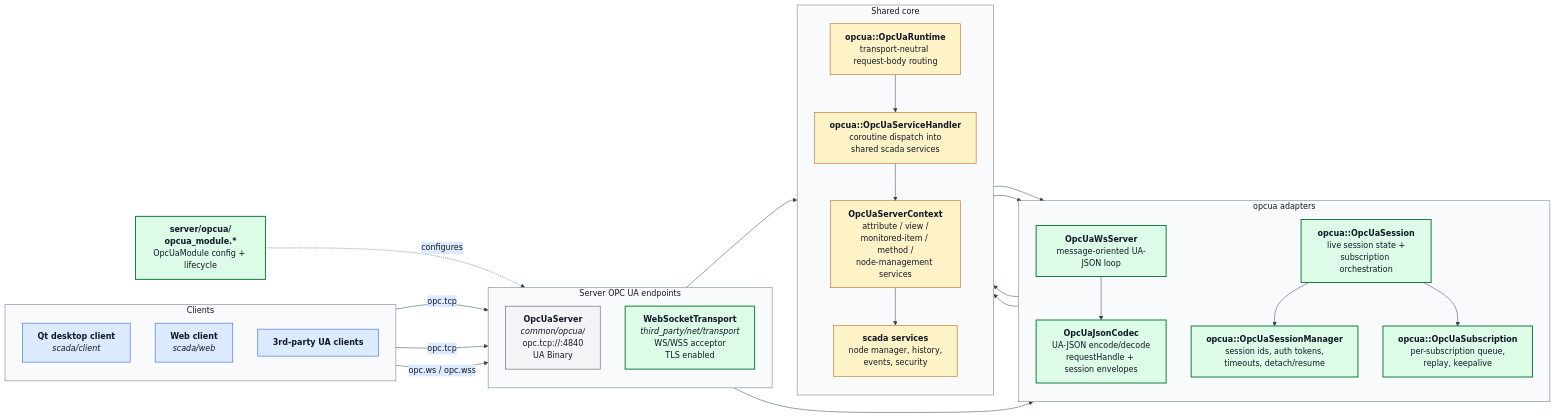
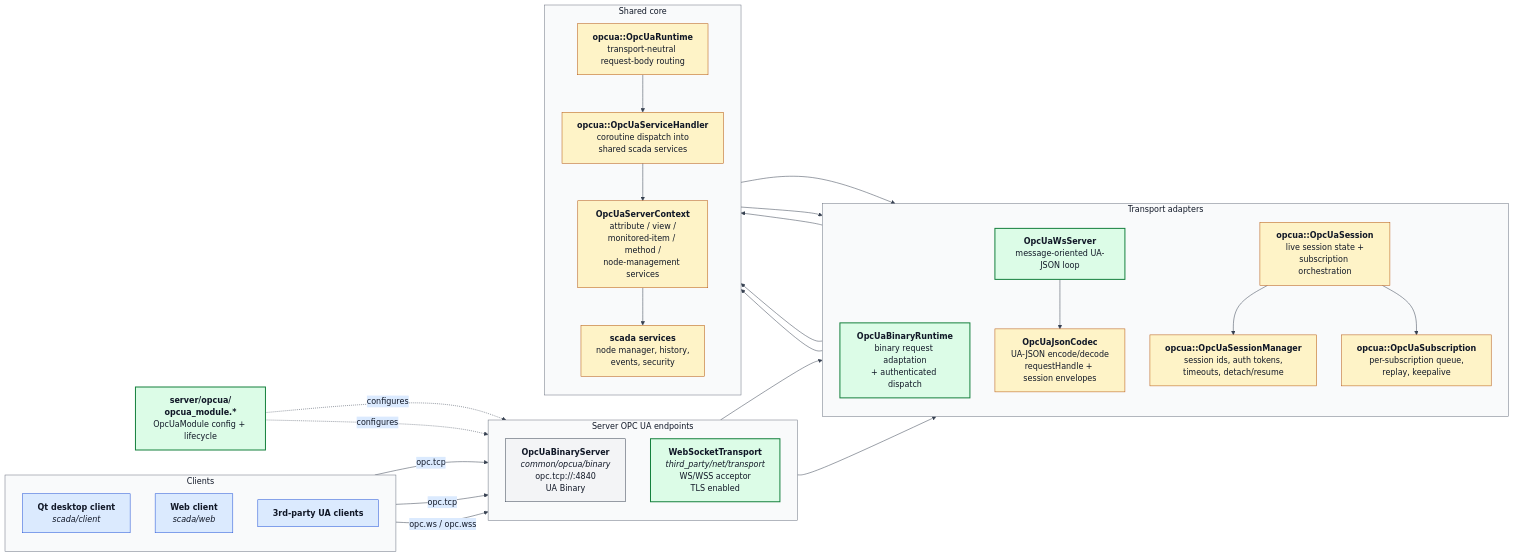
One commit to alexsmn/scada-common changed the diagram in docs/opcua_architecture.mmd. Above: the diagram before and after it, drawn with Mermaid. The commit also changed 5 other files, not shown here.

Commit message:
Update OPC UA Binary and WS docs

```diff
--- a/docs/opcua_architecture.mmd
+++ b/docs/opcua_architecture.mmd
@@ -1,82 +1,86 @@
 %%{init: {
   'theme': 'base',
   'themeVariables': {
     'background': '#ffffff',
     'primaryColor': '#f3f4f6',
     'primaryBorderColor': '#374151',
     'primaryTextColor': '#111827',
     'secondaryColor': '#dbeafe',
     'secondaryBorderColor': '#1d4ed8',
     'secondaryTextColor': '#111827',
     'tertiaryColor': '#fef3c7',
     'tertiaryBorderColor': '#b45309',
     'tertiaryTextColor': '#111827',
     'lineColor': '#374151',
     'defaultLinkColor': '#374151',
     'clusterBkg': '#f9fafb',
     'clusterBorder': '#6b7280',
     'titleColor': '#111827'
   },
   'flowchart': {'htmlLabels': true}
 }}%%
 flowchart LR
     subgraph Clients["Clients"]
         direction TB
         QT["<b>Qt desktop client</b><br/><i>scada/client</i>"]
         WEB["<b>Web client</b><br/><i>scada/web</i>"]
         NATIVE["<b>3rd-party UA clients</b>"]
     end
 
     subgraph Endpoints["Server OPC UA endpoints"]
         direction TB
-        TCP["<b>OpcUaServer</b><br/><i>common/opcua/</i><br/>opc.tcp://:4840<br/>UA Binary"]
+        TCP["<b>OpcUaBinaryServer</b><br/><i>common/opcua/binary</i><br/>opc.tcp://:4840<br/>UA Binary"]
         WSSOCK["<b>WebSocketTransport</b><br/><i>third_party/net/transport</i><br/>WS/WSS acceptor<br/>TLS enabled"]
     end
 
-    subgraph WsInternals["opcua adapters"]
+    subgraph Adapters["Transport adapters"]
         direction TB
+        BINARY["<b>OpcUaBinaryRuntime</b><br/>binary request adaptation<br/>+ authenticated dispatch"]
         WS["<b>OpcUaWsServer</b><br/>message-oriented UA-JSON loop"]
         SESS["<b>opcua::OpcUaSession</b><br/>live session state +<br/>subscription orchestration"]
         SMGR["<b>opcua::OpcUaSessionManager</b><br/>session ids, auth tokens,<br/>timeouts, detach/resume"]
         SUB["<b>opcua::OpcUaSubscription</b><br/>per-subscription queue,<br/>replay, keepalive"]
         CODEC["<b>OpcUaJsonCodec</b><br/>UA-JSON encode/decode<br/>requestHandle + session envelopes"]
     end
 
     subgraph Core["Shared core"]
         direction TB
         RT["<b>opcua::OpcUaRuntime</b><br/>transport-neutral request-body routing"]
         HANDLER["<b>opcua::OpcUaServiceHandler</b><br/>coroutine dispatch into<br/>shared scada services"]
         CTX["<b>OpcUaServerContext</b><br/>attribute / view /<br/>monitored-item / method /<br/>node-management services"]
         SVC["<b>scada services</b><br/>node manager, history,<br/>events, security"]
     end
 
     MOD["<b>server/opcua/<br/>opcua_module.*</b><br/>OpcUaModule config + lifecycle"]
 
     QT -->|opc.tcp| TCP
     NATIVE -->|opc.tcp| TCP
     WEB -->|opc.ws / opc.wss| WSSOCK
 
     WSSOCK --> WS
     WS --> CODEC
     WS --> RT
+    TCP --> BINARY
+    BINARY --> RT
     RT --> SESS
     RT --> SMGR
     RT --> HANDLER
     SESS --> SMGR
     SESS --> SUB
     HANDLER --> CTX
     SMGR --> CTX
 
-    TCP --> CTX
     CTX --> SVC
 
+    MOD -.configures.-> TCP
     MOD -.configures.-> WSSOCK
 
     classDef clientStyle fill:#dbeafe,stroke:#1d4ed8,color:#111827
     classDef newModule fill:#dcfce7,stroke:#15803d,color:#111827,stroke-width:2px
     classDef existing fill:#f3f4f6,stroke:#374151,color:#111827
     classDef core fill:#fef3c7,stroke:#b45309,color:#111827
     class QT,WEB,NATIVE clientStyle
-    class WSSOCK,WS,SESS,SMGR,SUB,CODEC,MOD newModule
+    class WSSOCK,WS,BINARY,MOD newModule
     class TCP existing
+    class SESS,SMGR,SUB,CODEC core
     class RT,HANDLER,CTX,SVC core
```
